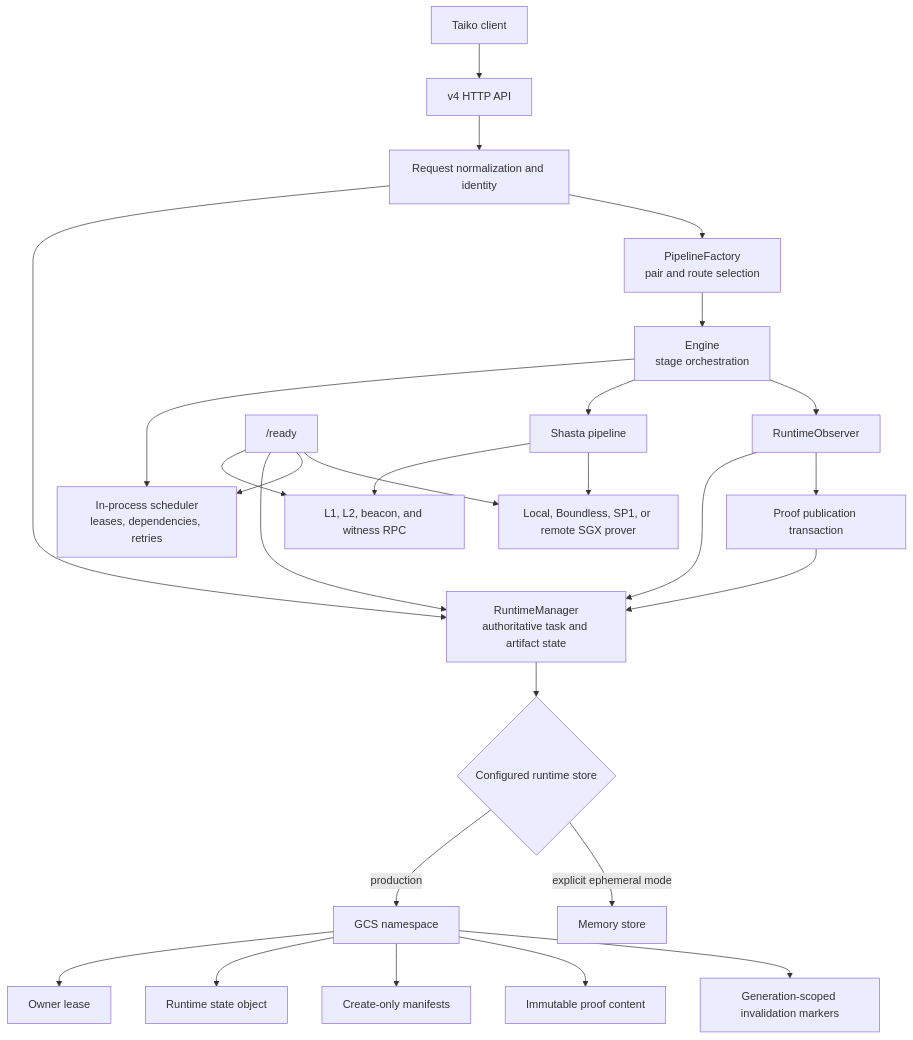
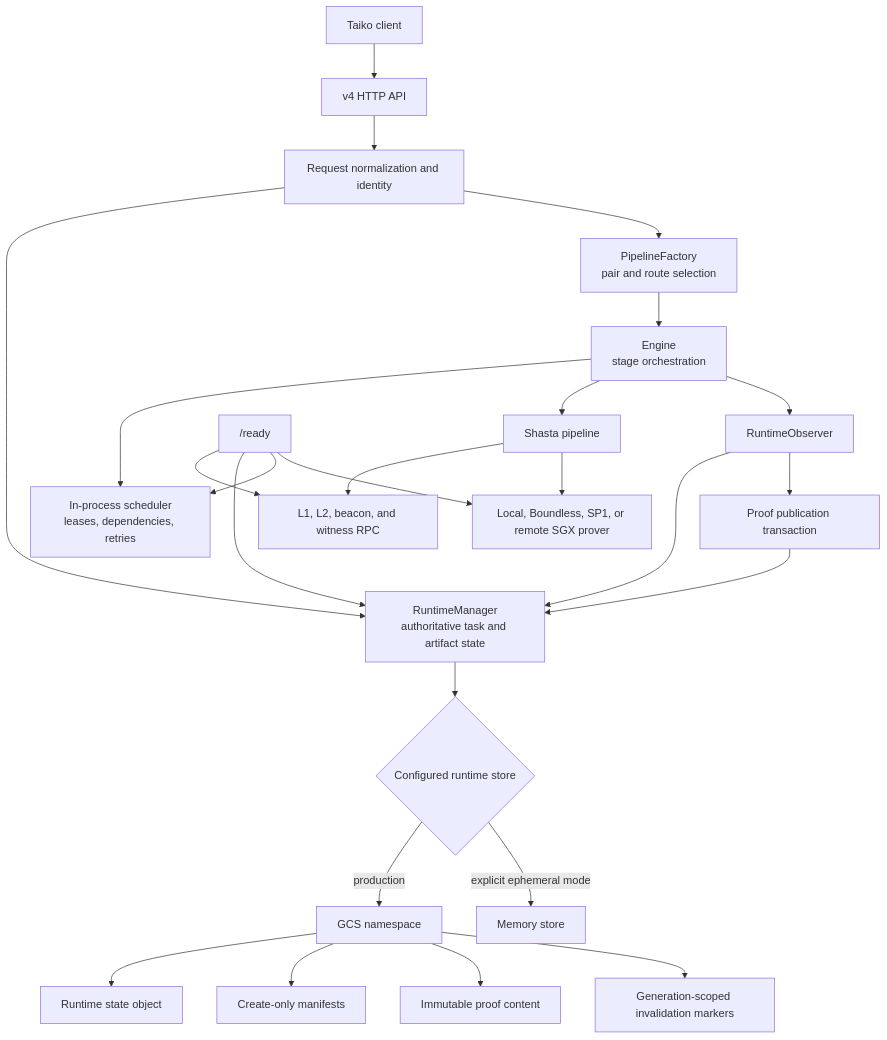
The first of 10 diagrams in docs/architecture.md (taikoxyz/raiko2), drawn with Mermaid before and after one commit. The commit also changed other lines of this file and 29 other files, not shown here.

````diff
--- a/docs/architecture.md
+++ b/docs/architecture.md
@@ -32,33 +38,32 @@
 ```mermaid
 flowchart TB
   Client["Taiko client"] --> API["v4 HTTP API"]
   API --> Identity["Request normalization and identity"]
   Identity --> Runtime["RuntimeManager<br/>authoritative task and artifact state"]
   Identity --> Factory["PipelineFactory<br/>pair and route selection"]
 
   Factory --> Engine["Engine<br/>stage orchestration"]
   Engine --> Queue["In-process scheduler<br/>leases, dependencies, retries"]
   Engine --> Pipeline["Shasta pipeline"]
   Pipeline --> RPC["L1, L2, beacon, and witness RPC"]
   Pipeline --> Prover["Local, Boundless, SP1, or remote SGX prover"]
 
   Engine --> Observer["RuntimeObserver"]
   Observer --> Runtime
   Observer --> ArtifactCommit["Proof publication transaction"]
   ArtifactCommit --> Runtime
 
   Runtime --> Store{"Configured runtime store"}
   Store -->|production| GCS["GCS namespace"]
   Store -->|explicit ephemeral mode| Memory["Memory store"]
 
-  GCS --> Owner["Owner lease"]
   GCS --> State["Runtime state object"]
   GCS --> Manifest["Create-only manifests"]
   GCS --> Content["Immutable proof content"]
   GCS --> Tombstone["Generation-scoped invalidation markers"]
 
   Ready["/ready"] --> RPC
   Ready --> Runtime
   Ready --> Queue
   Ready --> Prover
 ```
````
